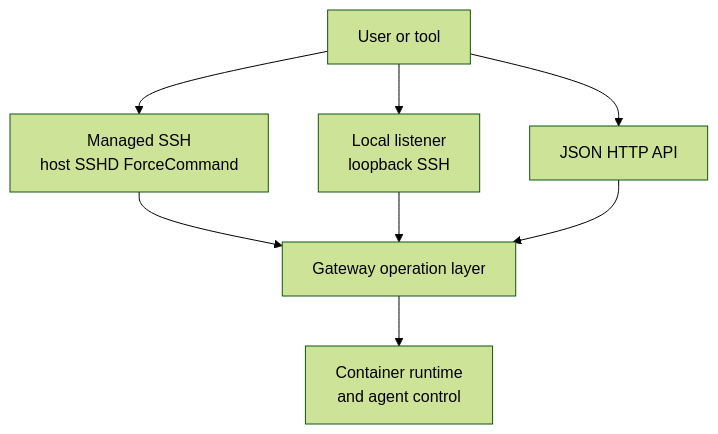
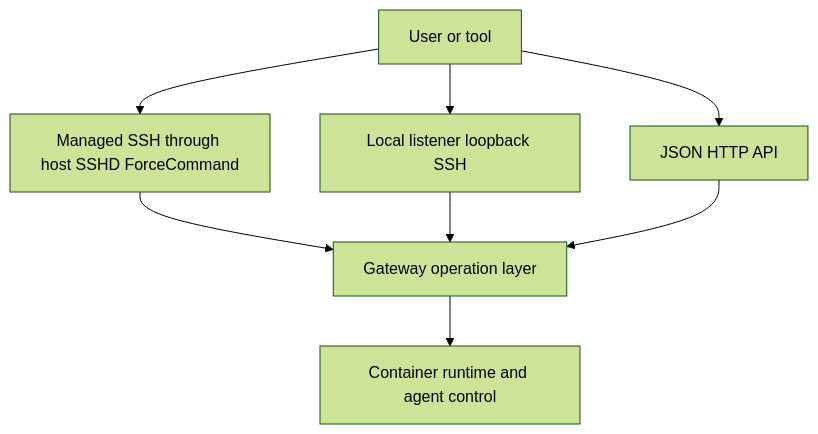
One commit to kcosr/aw-gateway changed the second of 8 diagrams in README.md. Above: the diagram before and after it, drawn with Mermaid (forest theme). The commit also changed other lines of this file, not shown here.

````diff
--- a/README.md
+++ b/README.md
@@ -311,11 +311,11 @@
 ```mermaid
 flowchart TD
     user["User or tool"]
-    user --> ssh["Managed SSH\nhost SSHD ForceCommand"]
-    user --> local["Local listener\nloopback SSH"]
+    user --> ssh["Managed SSH through host SSHD ForceCommand"]
+    user --> local["Local listener loopback SSH"]
     user --> http["JSON HTTP API"]
     ssh --> op["Gateway operation layer"]
     local --> op
     http --> op
-    op --> runtime["Container runtime\nand agent control"]
+    op --> runtime["Container runtime and agent control"]
 ```
````
